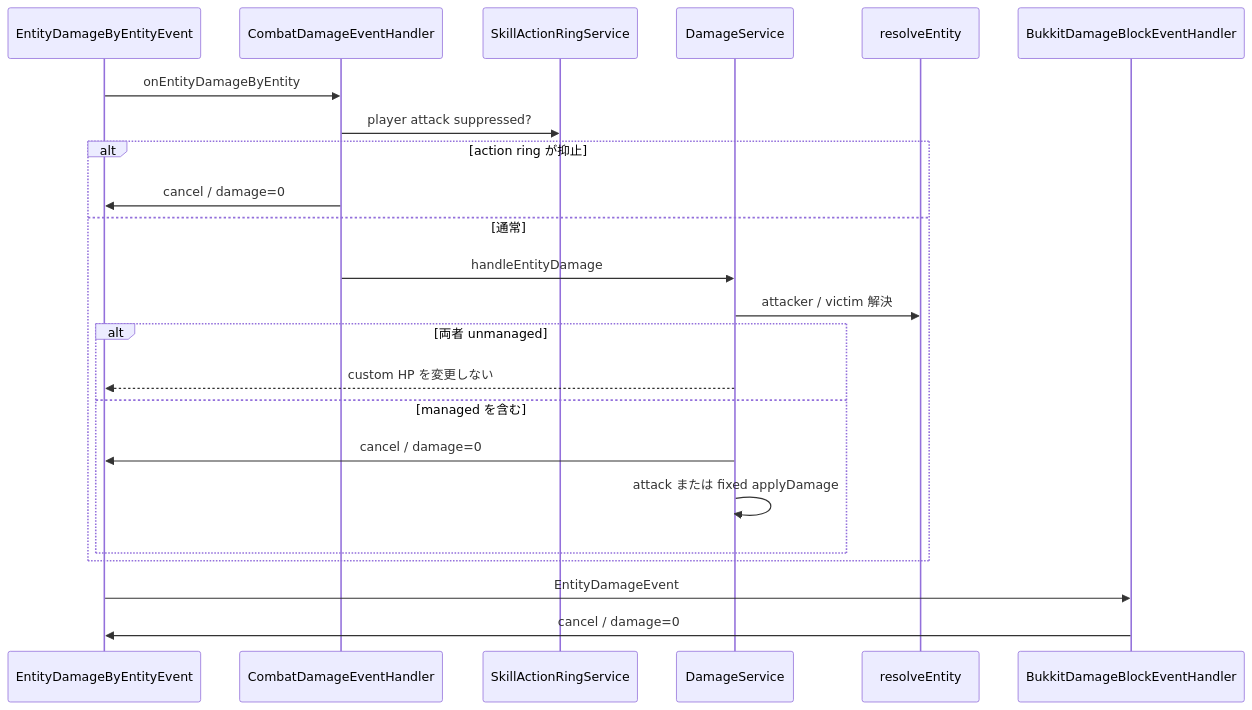
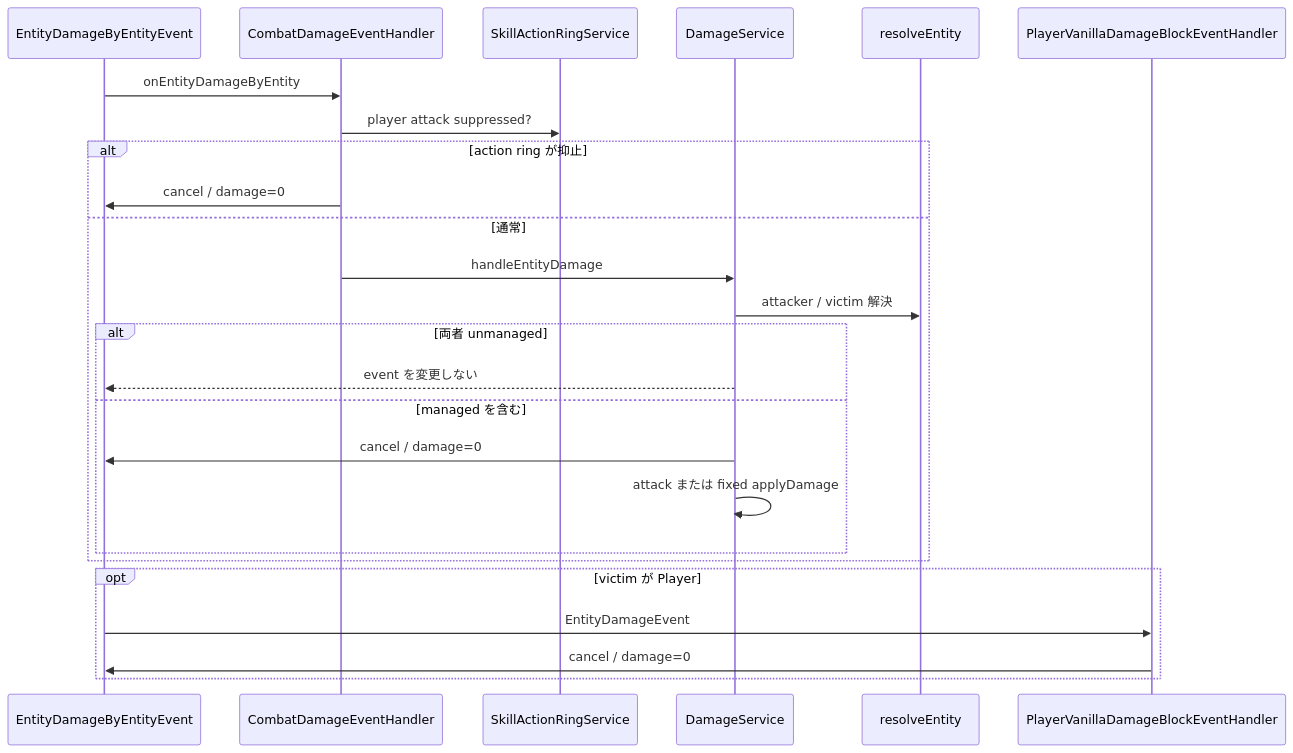
Before and after one commit to maaasu/AstralRecord-Workspace: the first of 3 diagrams in 00_docs/10_Plugin設計書/feature/14-combat/14_4-統合フロー.md, drawn with Mermaid. The commit also changed other lines of this file and 8 other files, not shown here.

````diff
--- a/00_docs/10_Plugin設計書/feature/14-combat/14_4-統合フロー.md
+++ b/00_docs/10_Plugin設計書/feature/14-combat/14_4-統合フロー.md
@@ -7,26 +7,28 @@
 ```mermaid
 sequenceDiagram
     participant Bukkit as EntityDamageByEntityEvent
     participant Event as CombatDamageEventHandler
     participant Ring as SkillActionRingService
     participant Damage as DamageService
     participant Resolver as resolveEntity
-    participant Block as BukkitDamageBlockEventHandler
+    participant PlayerBlock as PlayerVanillaDamageBlockEventHandler
 
     Bukkit->>Event: onEntityDamageByEntity
     Event->>Ring: player attack suppressed?
     alt action ring が抑止
         Event->>Bukkit: cancel / damage=0
     else 通常
         Event->>Damage: handleEntityDamage
         Damage->>Resolver: attacker / victim 解決
         alt 両者 unmanaged
-            Damage-->>Bukkit: custom HP を変更しない
+            Damage-->>Bukkit: event を変更しない
         else managed を含む
             Damage->>Bukkit: cancel / damage=0
             Damage->>Damage: attack または fixed applyDamage
         end
     end
-    Bukkit->>Block: EntityDamageEvent
-    Block->>Bukkit: cancel / damage=0
+    opt victim が Player
+        Bukkit->>PlayerBlock: EntityDamageEvent
+        PlayerBlock->>Bukkit: cancel / damage=0
+    end
 ```
````
